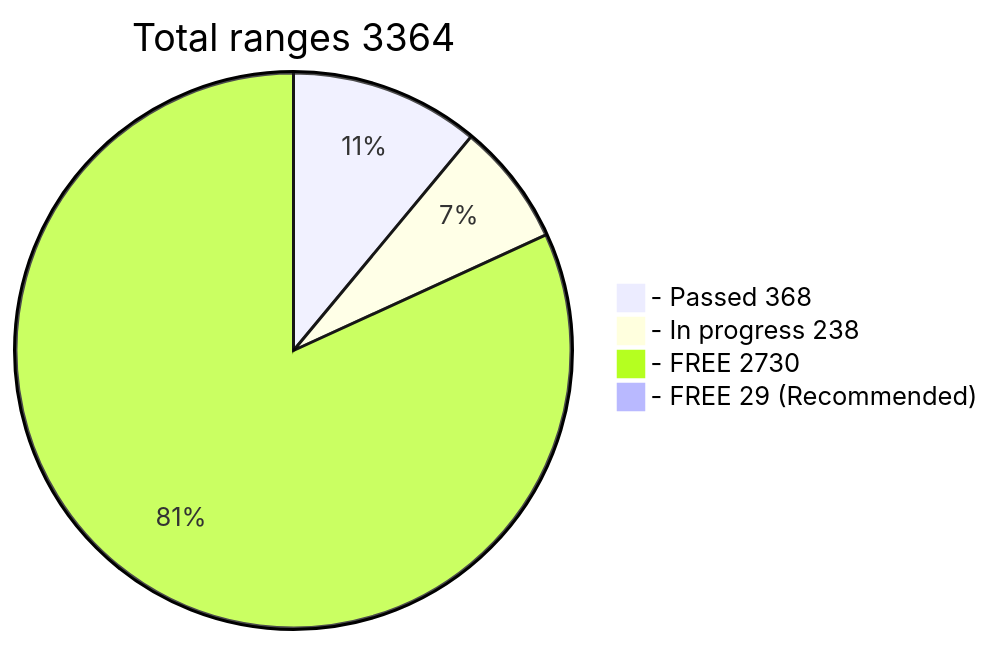
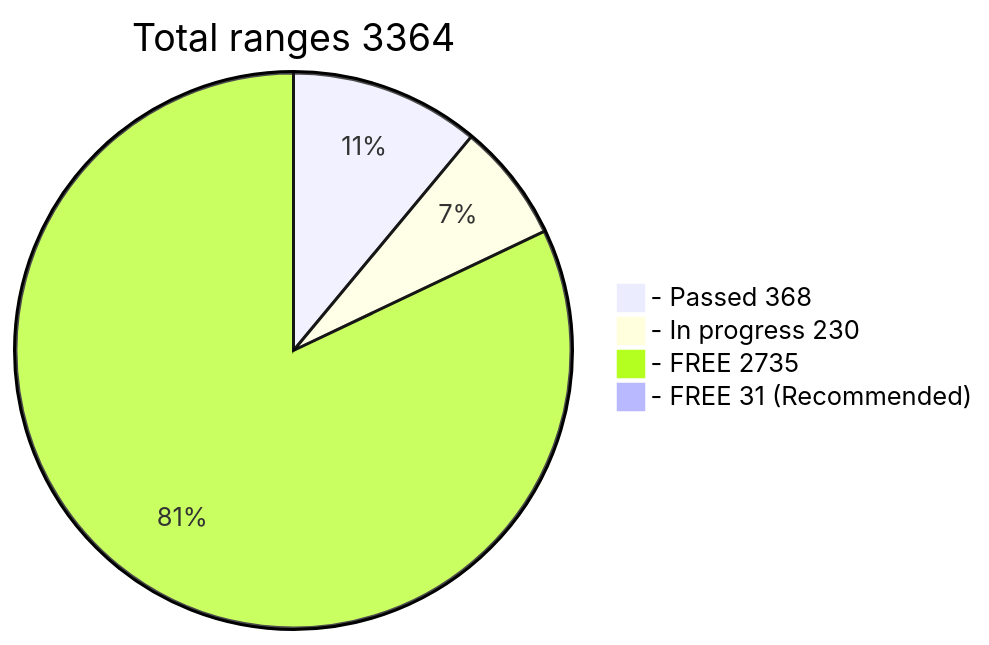
Before and after one commit to phrutis/wif500: the diagram in README.md, drawn with Mermaid.

````diff
--- a/README.md
+++ b/README.md
@@ -16,7 +16,7 @@
 ```mermaid
 pie title Total ranges 3364
   "- Passed 368" : 368
-  "- In progress 238" : 238
-  "- FREE 2730" : 2730
-  "- FREE 29 (Recommended)" : 29
+  "- In progress 230" : 230
+  "- FREE 2735" : 2735
+  "- FREE 31 (Recommended)" : 31
 ```
````
